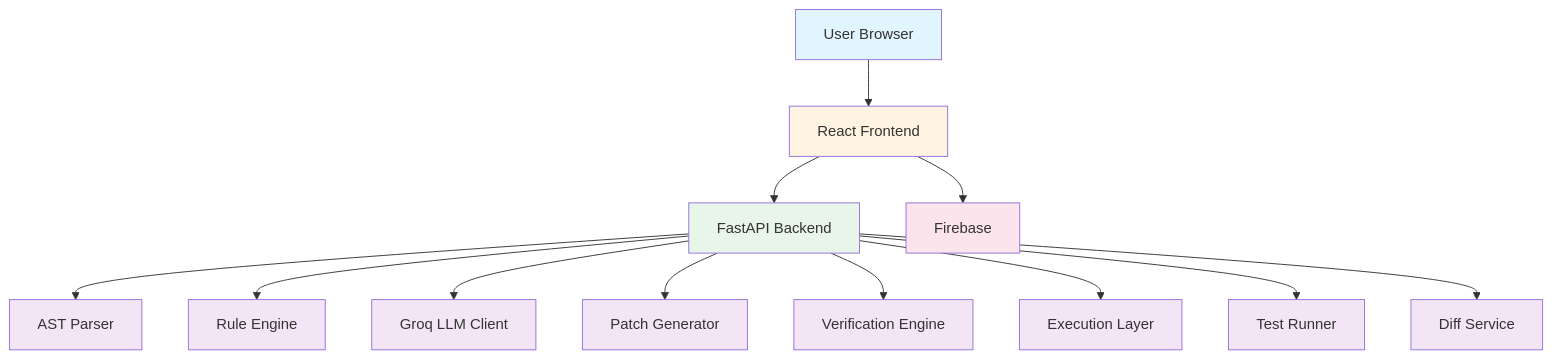
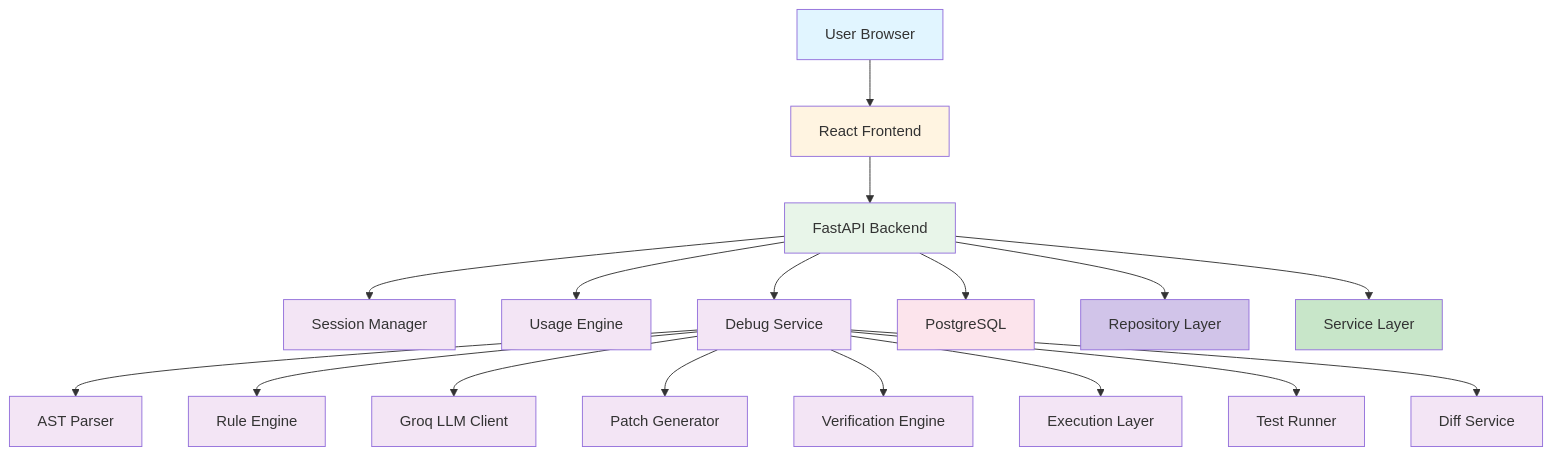
One commit to joshi-chinmay-016/NeuroDebug changed the first of 3 diagrams in README.md. Above: the diagram before and after it, drawn with Mermaid. The commit also changed other lines of this file and 27 other files, not shown here.

Commit message:
feat: introduce SaaS platform foundation with PostgreSQL and usage tracking

````diff
--- a/README.md
+++ b/README.md
@@ -84,27 +70,37 @@
 ```mermaid
 graph TD
     A[User Browser] --> B[React Frontend]
     B --> C[FastAPI Backend]
-    C --> D[AST Parser]
-    C --> E[Rule Engine]
-    C --> F[Groq LLM Client]
-    C --> G[Patch Generator]
-    C --> H[Verification Engine]
-    C --> I[Execution Layer]
-    C --> J[Test Runner]
-    C --> K[Diff Service]
-    B --> L[Firebase]
+    C --> D[Session Manager]
+    C --> E[Usage Engine]
+    C --> F[Debug Service]
+    F --> G[AST Parser]
+    F --> H[Rule Engine]
+    F --> I[Groq LLM Client]
+    F --> J[Patch Generator]
+    F --> K[Verification Engine]
+    F --> L[Execution Layer]
+    F --> M[Test Runner]
+    F --> N[Diff Service]
+    C --> O[PostgreSQL]
+    C --> P[Repository Layer]
+    C --> Q[Service Layer]
     
     style A fill:#e1f5ff
     style B fill:#fff4e1
     style C fill:#e8f5e9
     style D fill:#f3e5f5
     style E fill:#f3e5f5
     style F fill:#f3e5f5
     style G fill:#f3e5f5
     style H fill:#f3e5f5
     style I fill:#f3e5f5
     style J fill:#f3e5f5
     style K fill:#f3e5f5
-    style L fill:#fce4ec
+    style L fill:#f3e5f5
+    style M fill:#f3e5f5
+    style N fill:#f3e5f5
+    style O fill:#fce4ec
+    style P fill:#d1c4e9
+    style Q fill:#c8e6c9
 ```
````
